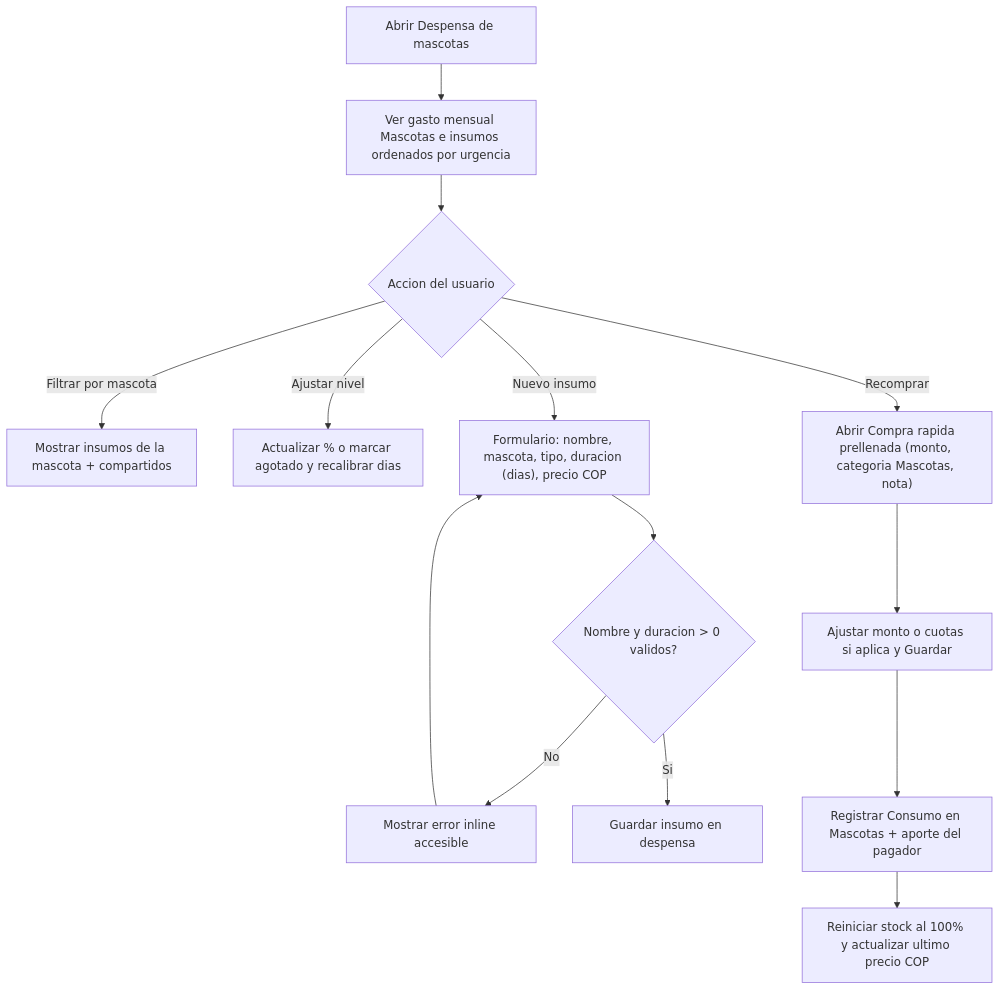
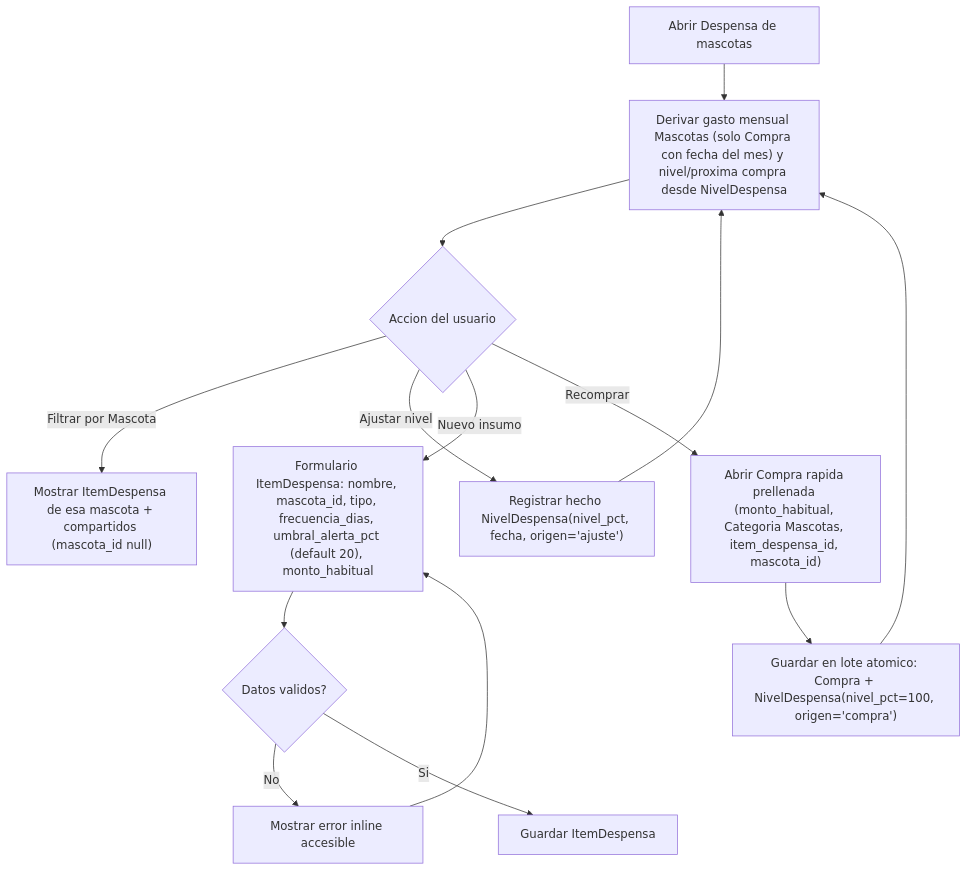
The diagram in docs/flows/despensa-mascotas.md (meperdev/hogar-app), drawn with Mermaid before and after one commit. The commit also changed other lines of this file and 20 other files, not shown here.

````diff
--- a/docs/flows/despensa-mascotas.md
+++ b/docs/flows/despensa-mascotas.md
@@ -72,16 +87,16 @@
 ```mermaid
 flowchart TD
-    A["Abrir Despensa de mascotas"] --> B["Ver gasto mensual Mascotas e insumos ordenados por urgencia"]
+    A["Abrir Despensa de mascotas"] --> B["Derivar gasto mensual Mascotas (solo Compra con fecha del mes) y nivel/proxima compra desde NivelDespensa"]
     B --> C{"Accion del usuario"}
-    C -- "Filtrar por mascota" --> D["Mostrar insumos de la mascota + compartidos"]
-    C -- "Ajustar nivel" --> E["Actualizar % o marcar agotado y recalibrar dias"]
-    C -- "Nuevo insumo" --> F["Formulario: nombre, mascota, tipo, duracion (dias), precio COP"]
-    F --> G{"Nombre y duracion > 0 validos?"}
+    C -- "Filtrar por Mascota" --> D["Mostrar ItemDespensa de esa mascota + compartidos (mascota_id null)"]
+    C -- "Ajustar nivel" --> E["Registrar hecho NivelDespensa(nivel_pct, fecha, origen='ajuste')"]
+    E --> B
+    C -- "Nuevo insumo" --> F["Formulario ItemDespensa: nombre, mascota_id, tipo, frecuencia_dias, umbral_alerta_pct (default 20), monto_habitual"]
+    F --> G{"Datos validos?"}
     G -- No --> H["Mostrar error inline accesible"]
     H --> F
-    G -- Si --> I["Guardar insumo en despensa"]
-    C -- "Recomprar" --> J["Abrir Compra rapida prellenada (monto, categoria Mascotas, nota)"]
-    J --> K["Ajustar monto o cuotas si aplica y Guardar"]
-    K --> L["Registrar Consumo en Mascotas + aporte del pagador"]
-    L --> M["Reiniciar stock al 100% y actualizar ultimo precio COP"]
+    G -- Si --> I["Guardar ItemDespensa"]
+    C -- "Recomprar" --> J["Abrir Compra rapida prellenada (monto_habitual, Categoria Mascotas, item_despensa_id, mascota_id)"]
+    J --> K["Guardar en lote atomico: Compra + NivelDespensa(nivel_pct=100, origen='compra')"]
+    K --> B
 ```
````
